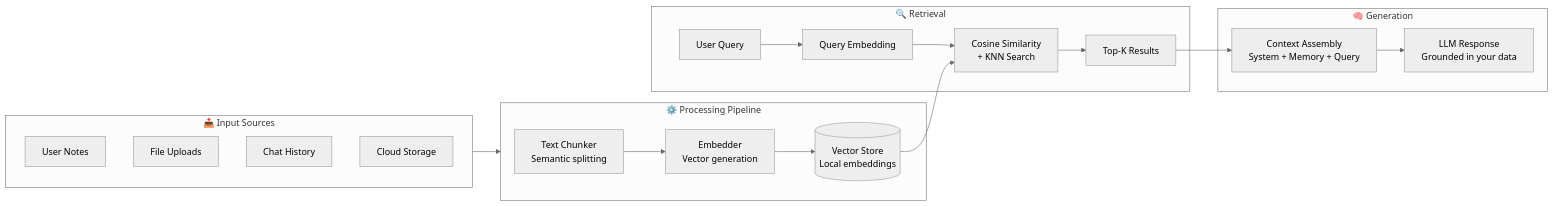
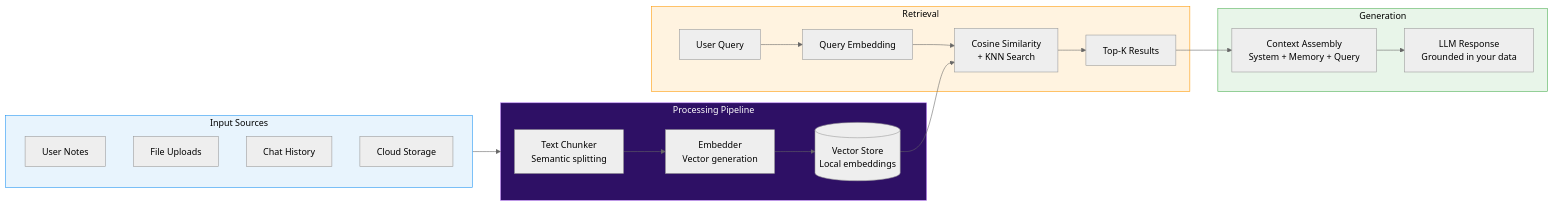
The second of 5 diagrams in README.md (mulkymalikuldhrs/mnemosyne), drawn with Mermaid (neutral theme) before and after one commit. The commit also changed other lines of this file and 1 other file, not shown here.

Commit message:
🎨 Upgrade: banner image + fixed Mermaid + animations + flow diagrams

````diff
--- a/README.md
+++ b/README.md
@@ -154,33 +107,38 @@
 ```mermaid
 flowchart LR
-    subgraph Input["📥 Input Sources"]
+    subgraph Input["Input Sources"]
         Notes[User Notes]
         Files[File Uploads]
         Chat[Chat History]
         Cloud[Cloud Storage]
     end
 
-    subgraph Processing["⚙️ Processing Pipeline"]
+    subgraph Processing["Processing Pipeline"]
         Chunker[Text Chunker<br/>Semantic splitting]
         Embedder[Embedder<br/>Vector generation]
         Store[(Vector Store<br/>Local embeddings)]
     end
 
-    subgraph Retrieval["🔍 Retrieval"]
+    subgraph Retrieval["Retrieval"]
         Query[User Query]
         QueryEmb[Query Embedding]
         Similarity[Cosine Similarity<br/>+ KNN Search]
         TopK[Top-K Results]
     end
 
-    subgraph Generation["🧠 Generation"]
+    subgraph Generation["Generation"]
         Context[Context Assembly<br/>System + Memory + Query]
         LLM[LLM Response<br/>Grounded in your data]
     end
 
     Input --> Processing
     Chunker --> Embedder --> Store
     Query --> QueryEmb --> Similarity
     Store --> Similarity
     Similarity --> TopK --> Context --> LLM
+
+    style Input fill:#e8f4fd,stroke:#2196f3,color:#000
+    style Processing fill:#2e1065,stroke:#c084fc,color:#fff
+    style Retrieval fill:#fff3e0,stroke:#ff9800,color:#000
+    style Generation fill:#e8f5e9,stroke:#4caf50,color:#000
 ```
````
